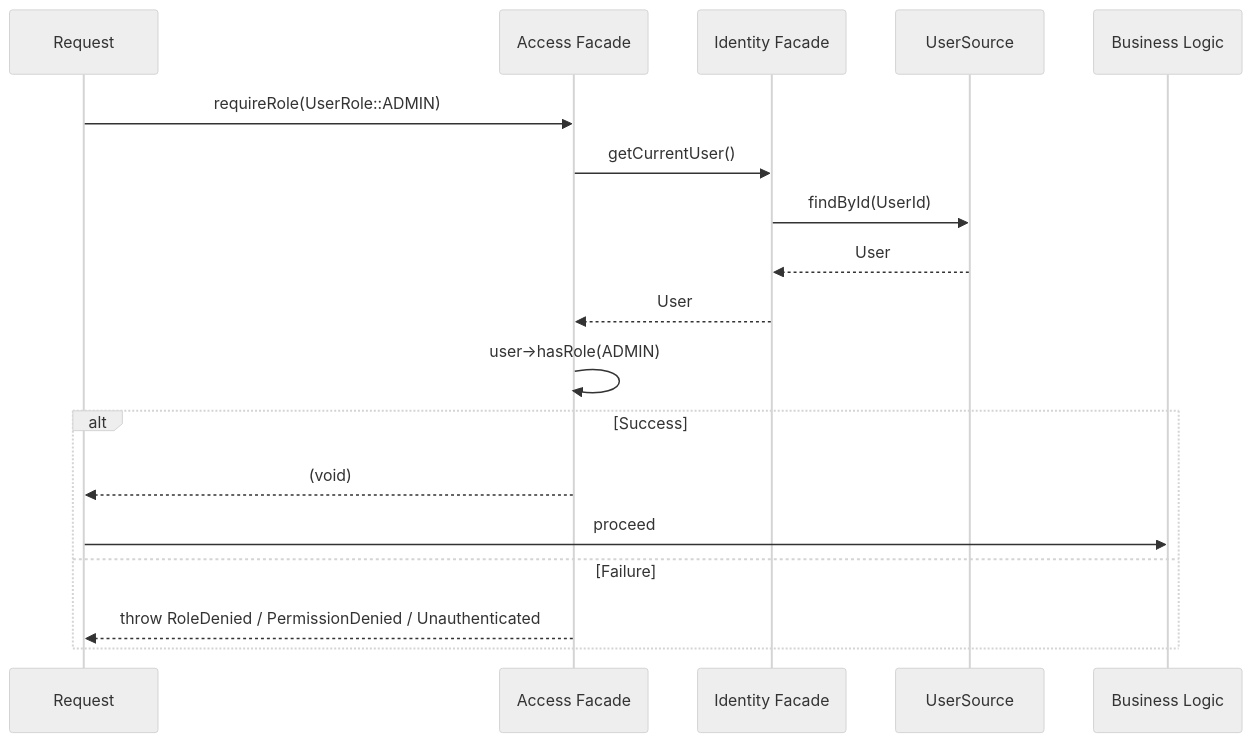
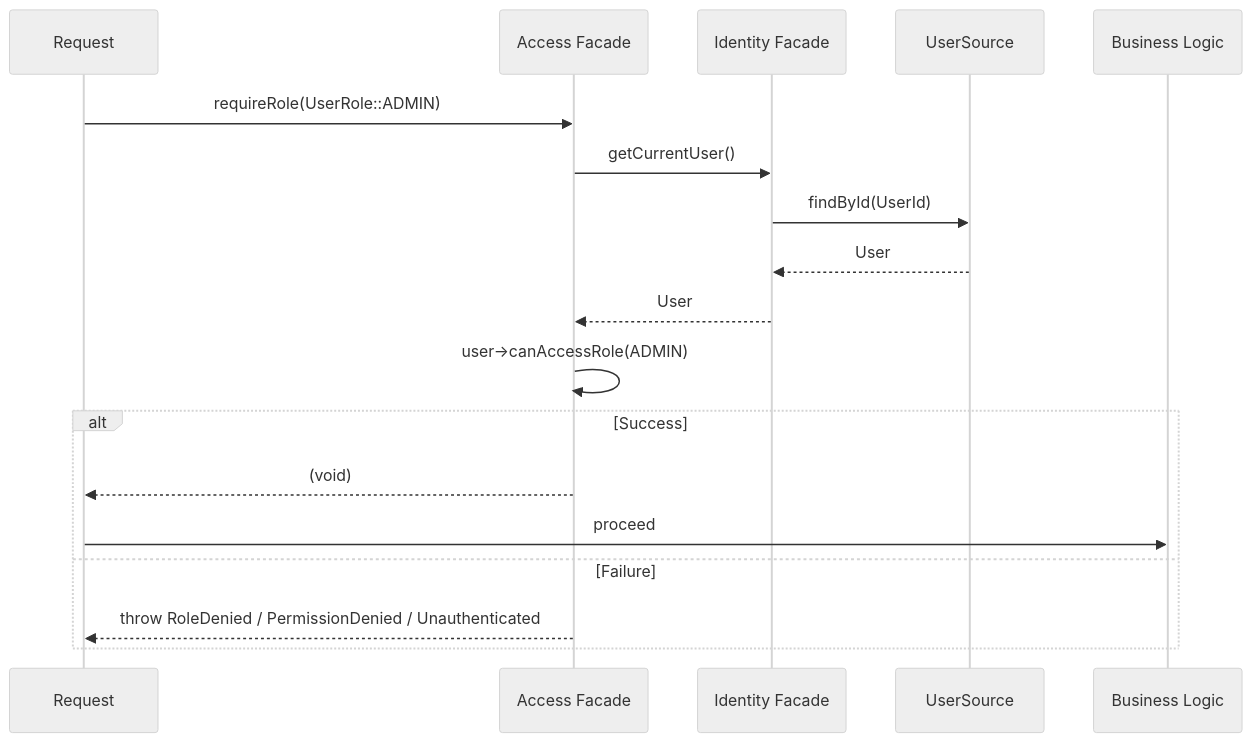
Before and after one commit to shomsy/avax: the diagram in Foundation/Auth/docs/authorization-flow.md, drawn with Mermaid (neutral theme). The commit also changed 33 other files, not shown here.

````diff
--- a/Foundation/Auth/docs/authorization-flow.md
+++ b/Foundation/Auth/docs/authorization-flow.md
@@ -17,22 +17,22 @@
 ```mermaid
 sequenceDiagram
     participant Request
     participant Access as Access Facade
     participant Identity as Identity Facade
     participant DB as UserSource
     participant Logic as Business Logic
 
     Request->>Access: requireRole(UserRole::ADMIN)
     Access->>Identity: getCurrentUser()
     Identity->>DB: findById(UserId)
     DB-->>Identity: User
     Identity-->>Access: User
-    Access->>Access: user->hasRole(ADMIN)
+    Access->>Access: user->canAccessRole(ADMIN)
     
     ALT Success
         Access-->>Request: (void)
         Request->>Logic: proceed
     ELSE Failure
         Access-->>Request: throw RoleDenied / PermissionDenied / Unauthenticated
     END
 ```
````
